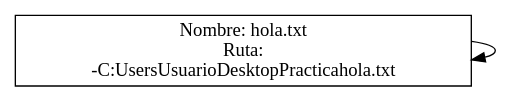
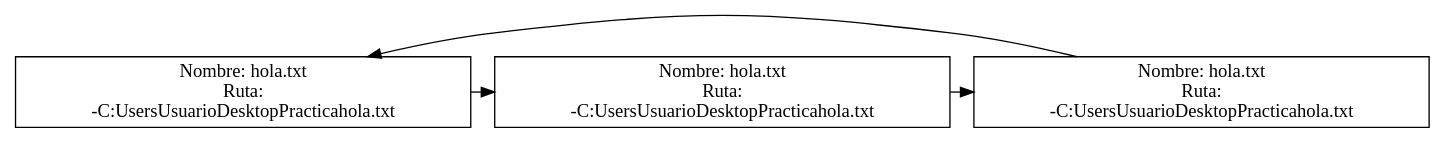
The diagram in Practica 1/Circular.dot (elJuanjoRamos/P1_3STRUCTURAS), drawn with Graphviz before and after one commit. The commit also changed 25 other files, not shown here.

```diff
--- a/Practica 1/Circular.dot
+++ b/Practica 1/Circular.dot
@@ -1,5 +1,13 @@
 digraph G {node[shape = box];
 Nodo1[label = "Nombre: hola.txt 
 Ruta: 
 	-C:\Users\Usuario\Desktop\Practica\hola.txt"]
-Nodo1->Nodo1{rank=same; Nodo1;}}
+Nodo2[label = "Nombre: hola.txt 
+Ruta: 
+	-C:\Users\Usuario\Desktop\Practica\hola.txt"]
+Nodo3[label = "Nombre: hola.txt 
+Ruta: 
+	-C:\Users\Usuario\Desktop\Practica\hola.txt"]
+Nodo1->Nodo2
+Nodo2->Nodo3
+Nodo3->Nodo1{rank=same; Nodo1;Nodo2;Nodo3;}}
```
